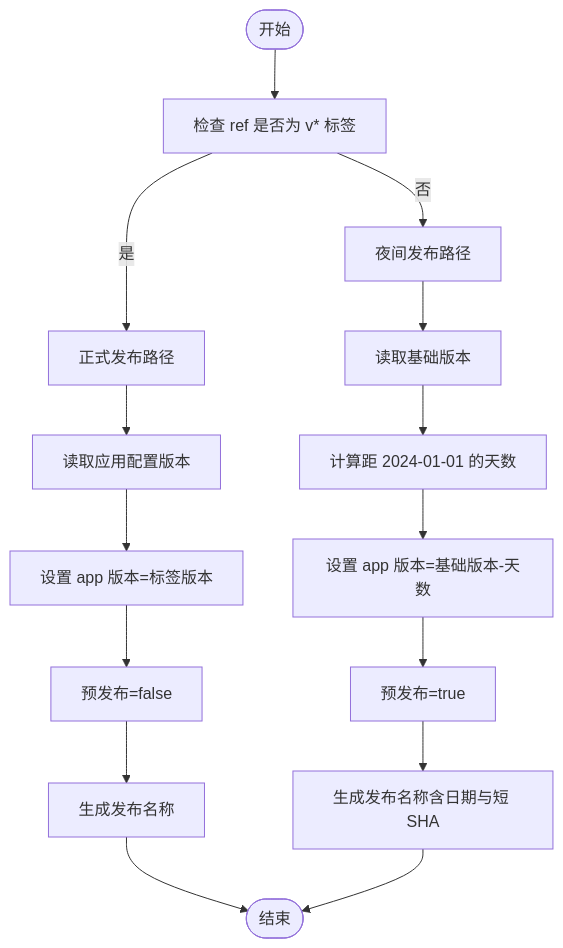
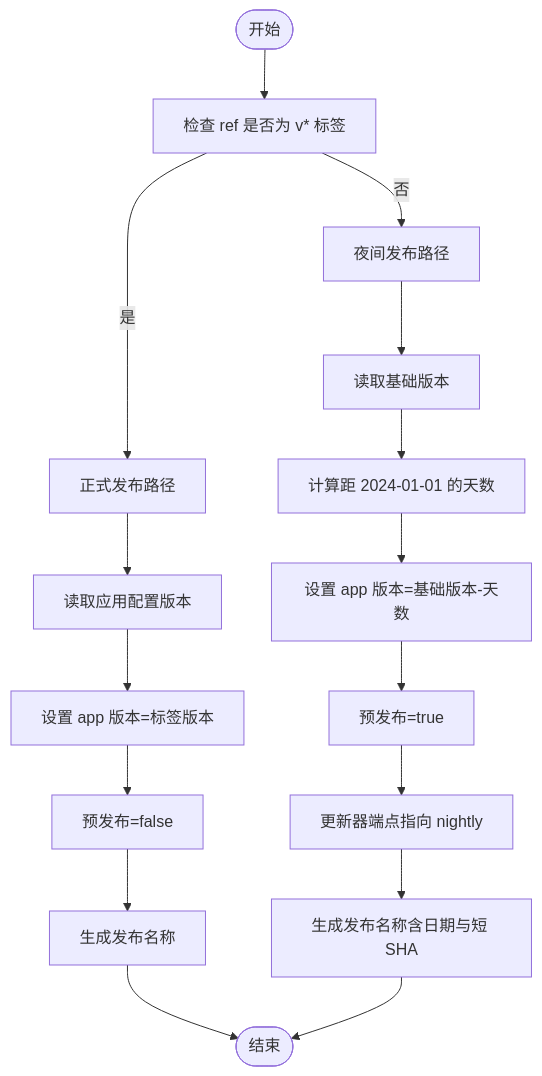
One commit to RabbitAI-Lab/RabbitCoding changed the third of 7 diagrams in .qoder/repowiki/zh/content/部署和发布/发布流程.md. Above: the diagram before and after it, drawn with Mermaid. The commit also changed other lines of this file and 32 other files, not shown here.

````diff
--- a/.qoder/repowiki/zh/content/部署和发布/发布流程.md
+++ b/.qoder/repowiki/zh/content/部署和发布/发布流程.md
@@ -125,17 +148,18 @@
 ```mermaid
 flowchart TD
 Start(["开始"]) --> CheckRef["检查 ref 是否为 v* 标签"]
 CheckRef --> |是| Formal["正式发布路径"]
 CheckRef --> |否| Nightly["夜间发布路径"]
 Formal --> ReadCfg["读取应用配置版本"]
 ReadCfg --> SetVersionF["设置 app 版本=标签版本"]
 SetVersionF --> SetPrereleaseF["预发布=false"]
 SetPrereleaseF --> ReleaseNameF["生成发布名称"]
 Nightly --> BaseVer["读取基础版本"]
 BaseVer --> CalcDays["计算距 2024-01-01 的天数"]
 CalcDays --> SetVersionN["设置 app 版本=基础版本-天数"]
 SetVersionN --> SetPrereleaseN["预发布=true"]
-SetPrereleaseN --> ReleaseNameN["生成发布名称含日期与短 SHA"]
+SetPrereleaseN --> SetEndpointN["更新器端点指向 nightly"]
+SetEndpointN --> ReleaseNameN["生成发布名称含日期与短 SHA"]
 ReleaseNameF --> End(["结束"])
 ReleaseNameN --> End
 ```
````
